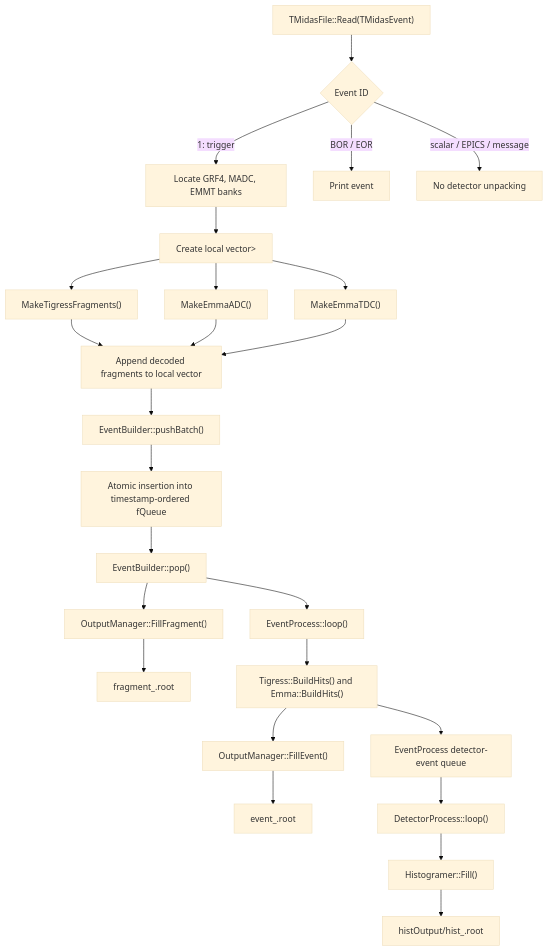
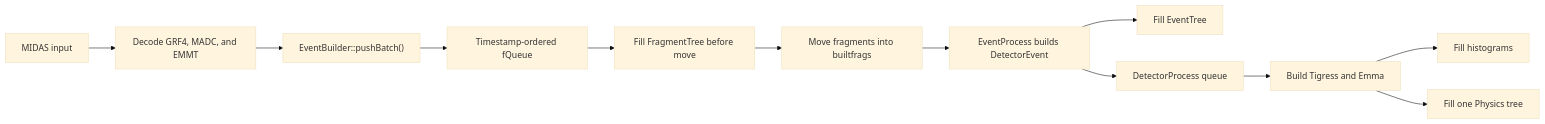
The diagram in README.md (RHYME11/S2426Sort), drawn with Mermaid (base theme) before and after one commit. The commit also changed other lines of this file and 19 other files, not shown here.

Commit message:
Refactor detector event and physics output

````diff
--- a/README.md
+++ b/README.md
@@ -119,30 +66,14 @@
 ```mermaid
-flowchart TD
-  A["TMidasFile::Read(TMidasEvent)"] --> B{"Event ID"}
-  B -->|"1: trigger"| C["Locate GRF4, MADC, EMMT banks"]
-  B -->|"BOR / EOR"| D["Print event"]
-  B -->|"scalar / EPICS / message"| E["No detector unpacking"]
-
-  C --> F["Create local vector<unique_ptr<Fragment>>"]
-  F --> G["MakeTigressFragments()"]
-  F --> H["MakeEmmaADC()"]
-  F --> I["MakeEmmaTDC()"]
-
-  G --> J["Append decoded fragments to local vector"]
-  H --> J
-  I --> J
-
-  J --> K["EventBuilder::pushBatch()"]
-  K --> L["Atomic insertion into timestamp-ordered fQueue"]
-  L --> M["EventBuilder::pop()"]
-  M --> V["OutputManager::FillFragment()"]
-  V --> W["fragment<run>_<subrun>.root"]
-  M --> N["EventProcess::loop()"]
-  N --> O["Tigress::BuildHits() and Emma::BuildHits()"]
-  O --> T["OutputManager::FillEvent()"]
-  T --> U["event<run>_<subrun>.root"]
-  O --> P["EventProcess detector-event queue"]
-  P --> Q["DetectorProcess::loop()"]
-  Q --> R["Histogramer::Fill()"]
-  R --> S["histOutput/hist<run>_<subrun>.root"]
+flowchart LR
+  A["MIDAS input"] --> B["Decode GRF4, MADC, and EMMT"]
+  B --> C["EventBuilder::pushBatch()"]
+  C --> D["Timestamp-ordered fQueue"]
+  D --> E["Fill FragmentTree before move"]
+  E --> F["Move fragments into builtfrags"]
+  F --> G["EventProcess builds DetectorEvent"]
+  G --> H["Fill EventTree"]
+  G --> I["DetectorProcess queue"]
+  I --> J["Build Tigress and Emma"]
+  J --> K["Fill histograms"]
+  J --> L["Fill one Physics tree"]
 ```
````
